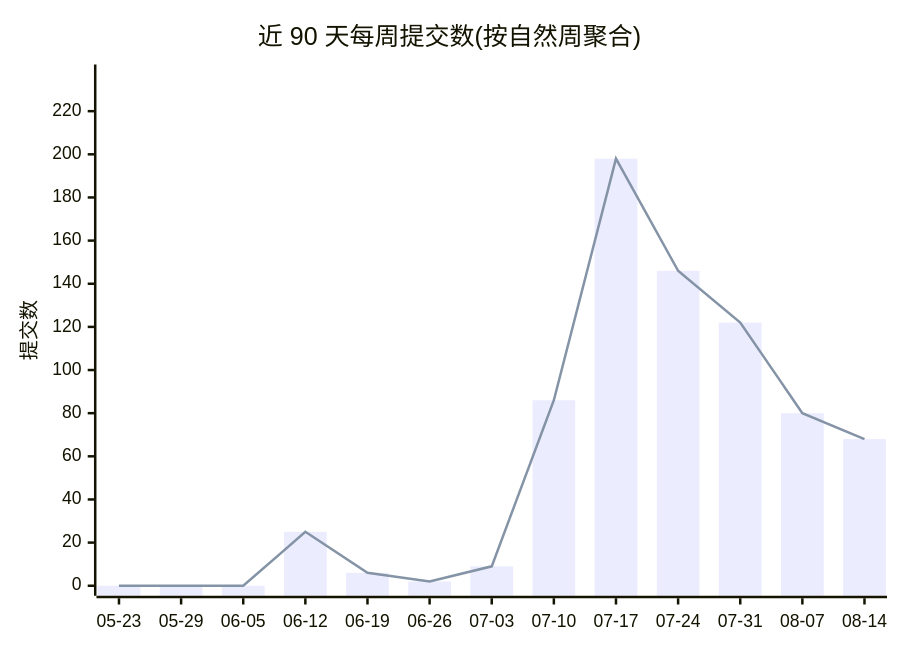
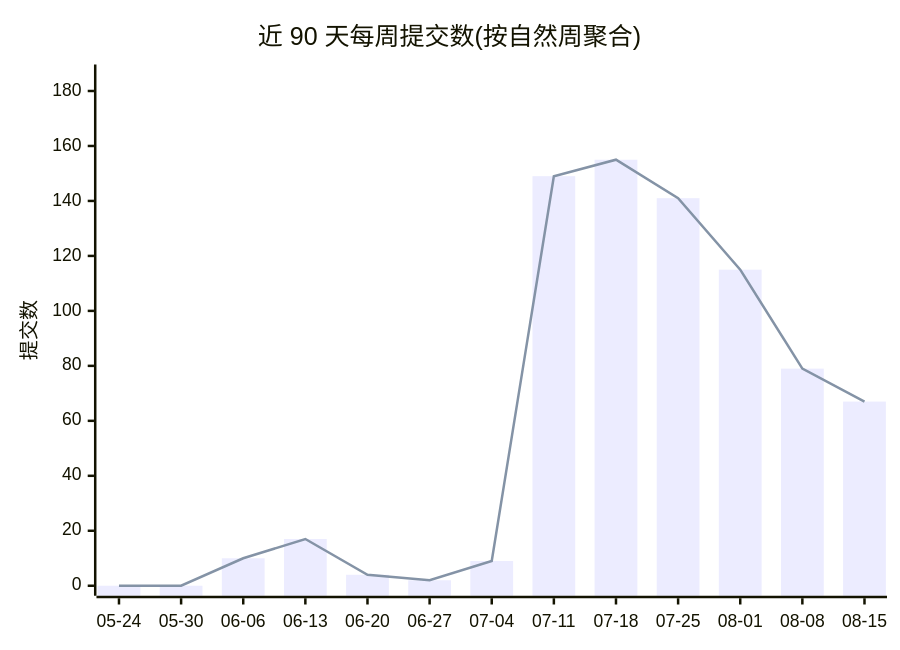
The first of 2 diagrams in profile/README.md (Conflux-Union/.github), drawn with Mermaid before and after one commit. The commit also changed other lines of this file and 1 other file, not shown here.

````diff
--- a/profile/README.md
+++ b/profile/README.md
@@ -44,8 +44,8 @@
 ```mermaid
 xychart-beta
     title "近 90 天每周提交数(按自然周聚合)"
-    x-axis ["05-23", "05-29", "06-05", "06-12", "06-19", "06-26", "07-03", "07-10", "07-17", "07-24", "07-31", "08-07", "08-14"]
-    y-axis "提交数" 0 --> 237
-    bar [0, 0, 0, 25, 6, 2, 9, 86, 198, 146, 122, 80, 68]
-    line [0, 0, 0, 25, 6, 2, 9, 86, 198, 146, 122, 80, 68]
+    x-axis ["05-24", "05-30", "06-06", "06-13", "06-20", "06-27", "07-04", "07-11", "07-18", "07-25", "08-01", "08-08", "08-15"]
+    y-axis "提交数" 0 --> 186
+    bar [0, 0, 10, 17, 4, 2, 9, 149, 155, 141, 115, 79, 67]
+    line [0, 0, 10, 17, 4, 2, 9, 149, 155, 141, 115, 79, 67]
 ```
````
